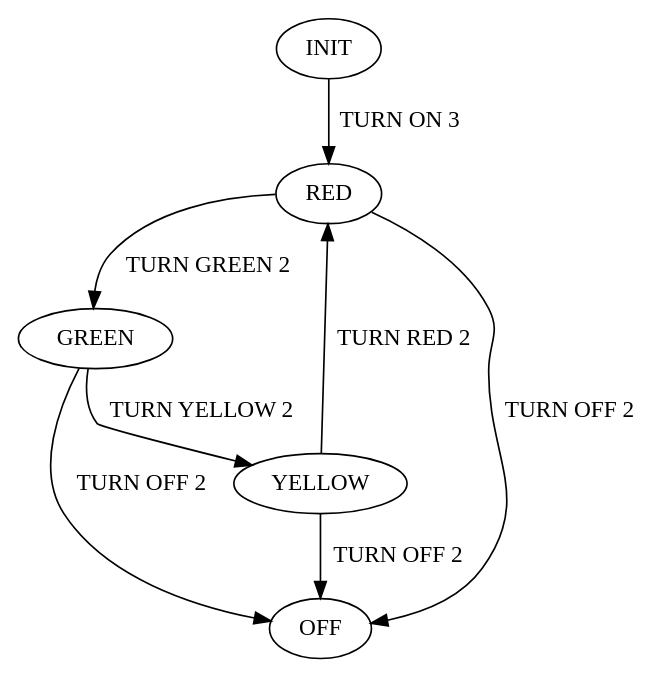
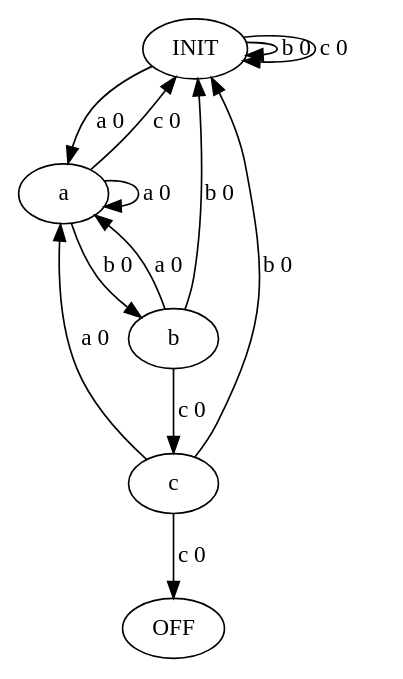
Before and after one commit to JavaNickChen/Basic-Model-of-Computational: the diagram in src/resources/测试图片.gv, drawn with Graphviz. The commit also changed 5 other files, not shown here.

```diff
--- a/src/resources/测试图片.gv
+++ b/src/resources/测试图片.gv
@@ -1,14 +1,19 @@
 digraph "测试图片" {
 	INIT [label=INIT]
-	RED [label=RED]
-	GREEN [label=GREEN]
-	YELLOW [label=YELLOW]
+	a [label=a]
+	b [label=b]
+	c [label=c]
 	OFF [label=OFF]
-	INIT -> RED [label="TURN ON 3"]
-	RED -> GREEN [label="TURN GREEN 2"]
-	GREEN -> YELLOW [label="TURN YELLOW 2"]
-	YELLOW -> RED [label="TURN RED 2"]
-	RED -> OFF [label="TURN OFF 2"]
-	GREEN -> OFF [label="TURN OFF 2"]
-	YELLOW -> OFF [label="TURN OFF 2"]
+	INIT -> a [label="a 0"]
+	INIT -> INIT [label="b 0"]
+	INIT -> INIT [label="c 0"]
+	a -> b [label="b 0"]
+	a -> a [label="a 0"]
+	a -> INIT [label="c 0"]
+	b -> c [label="c 0"]
+	b -> a [label="a 0"]
+	b -> INIT [label="b 0"]
+	c -> a [label="a 0"]
+	c -> INIT [label="b 0"]
+	c -> OFF [label="c 0"]
 }
```
